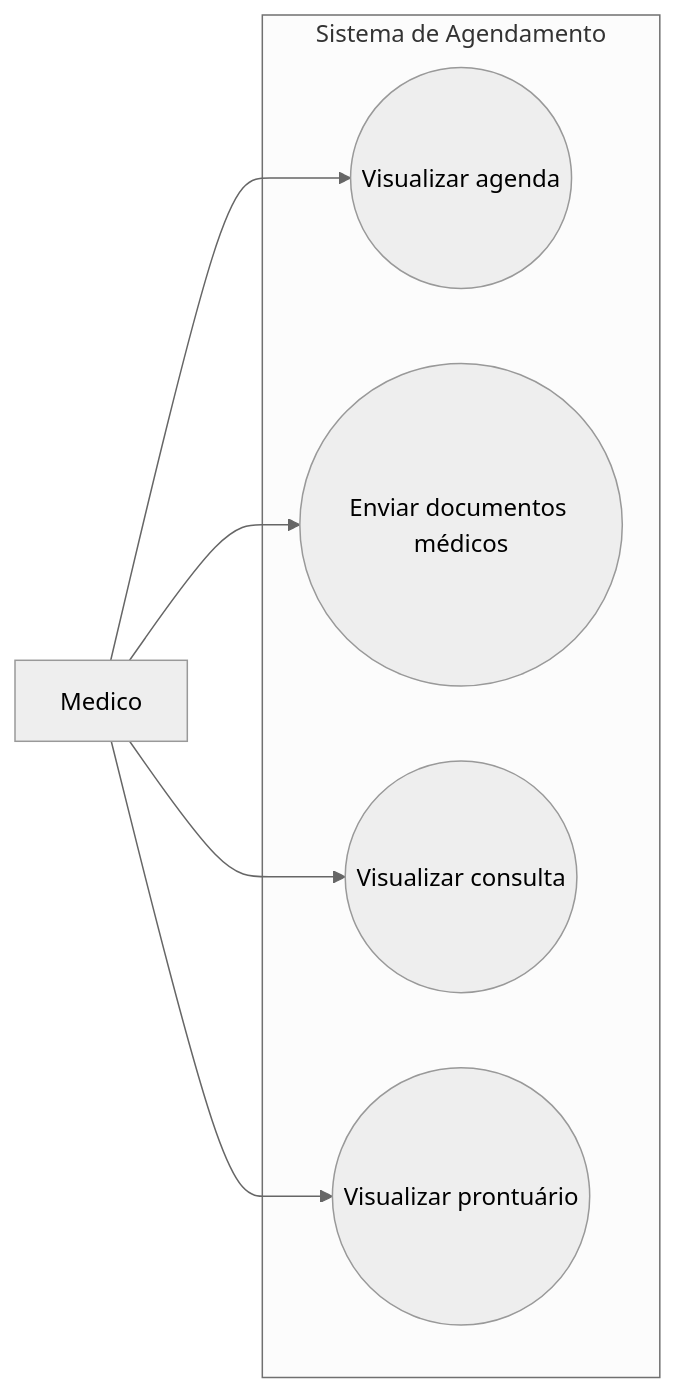
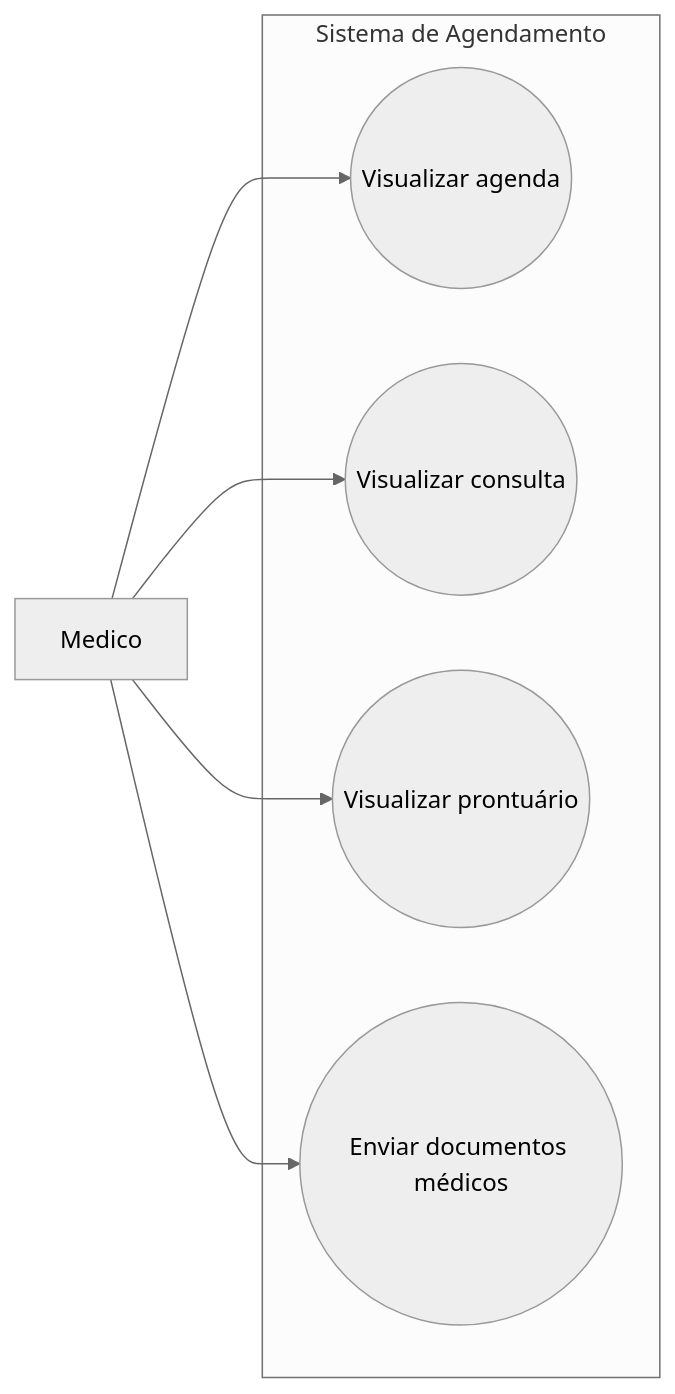
One commit to InsaneCaio/eng-soft-2026-1 changed the diagram in docs/casos de uso/medico.md. Above: the diagram before and after it, drawn with Mermaid (neutral theme).

````diff
--- a/docs/casos de uso/medico.md
+++ b/docs/casos de uso/medico.md
@@ -12,16 +12,16 @@
 ```mermaid
 flowchart LR
     M[Medico]
 
     subgraph Sistema de Agendamento
         UC1((Visualizar agenda))
-        UC2((Enviar documentos médicos))
-        UC3((Visualizar consulta))
-        UC4((Visualizar prontuário))
+        UC2((Visualizar consulta))
+        UC3((Visualizar prontuário))
+        UC4((Enviar documentos médicos))
     end
 
     M --> UC1
     M --> UC2
     M --> UC3
     M --> UC4
 ```
````
